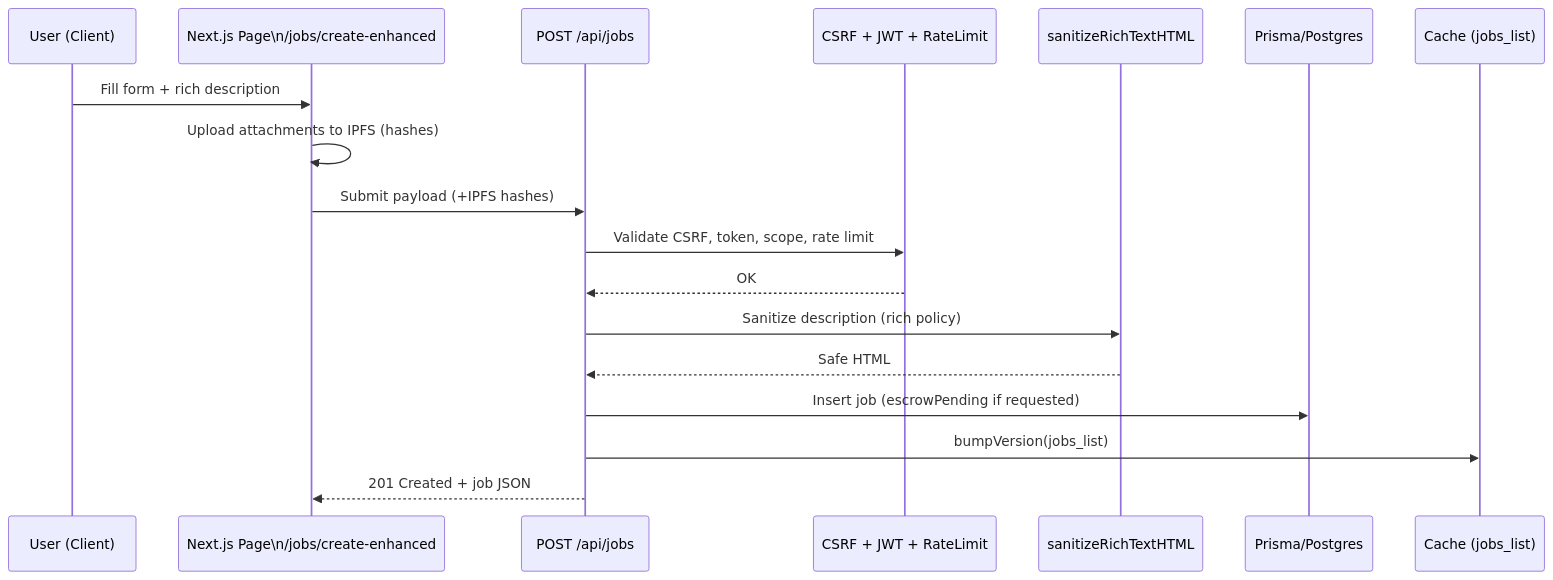
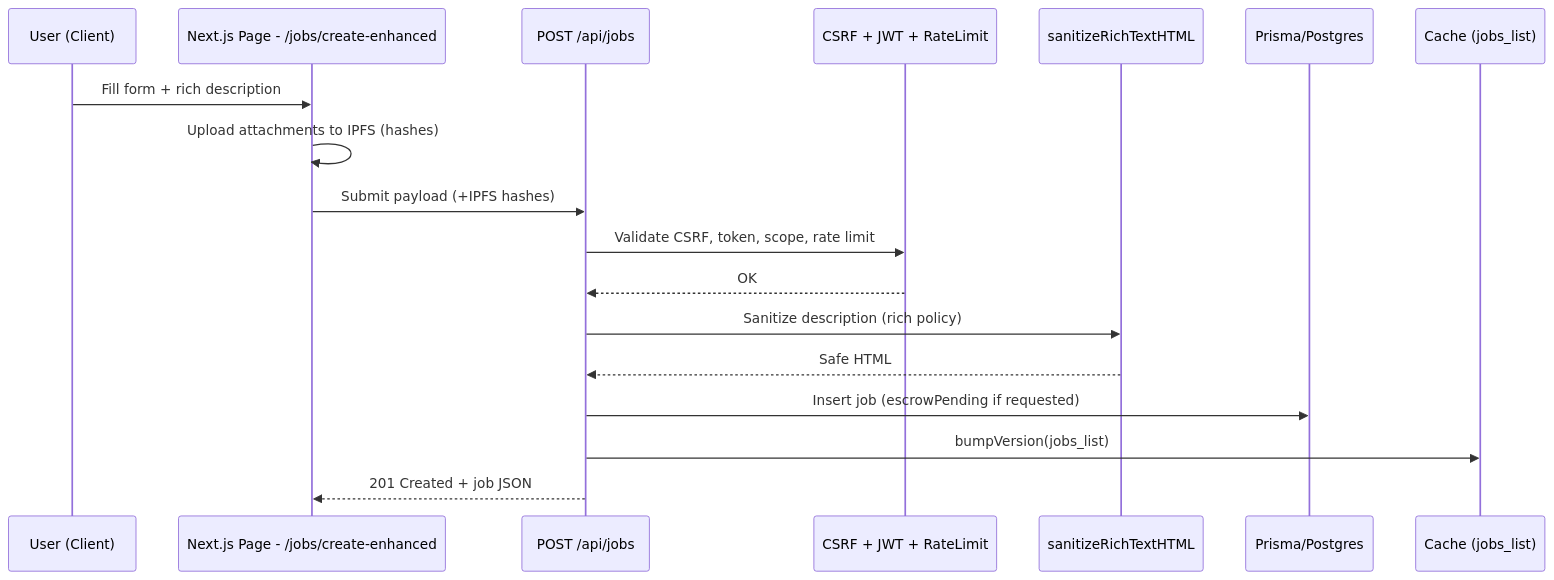
One commit to VoTeXG/freelancer_and_job_hunting_website changed the second of 10 diagrams in docs/DIAGRAMS.md. Above: the diagram before and after it, drawn with Mermaid. The commit also changed other lines of this file, not shown here.

Commit message:
Fix Mermaid diagrams syntax in DIAGRAMS.md

````diff
--- a/docs/DIAGRAMS.md
+++ b/docs/DIAGRAMS.md
@@ -41,21 +41,21 @@
 ```mermaid
 sequenceDiagram
   participant U as User (Client)
-  participant FE as Next.js Page\n/jobs/create-enhanced
+  participant FE as Next.js Page - /jobs/create-enhanced
   participant API as POST /api/jobs
   participant SEC as CSRF + JWT + RateLimit
   participant SAN as sanitizeRichTextHTML
   participant DB as Prisma/Postgres
   participant CACHE as Cache (jobs_list)
 
   U->>FE: Fill form + rich description
   FE->>FE: Upload attachments to IPFS (hashes)
   FE->>API: Submit payload (+IPFS hashes)
   API->>SEC: Validate CSRF, token, scope, rate limit
   SEC-->>API: OK
   API->>SAN: Sanitize description (rich policy)
   SAN-->>API: Safe HTML
   API->>DB: Insert job (escrowPending if requested)
   API->>CACHE: bumpVersion(jobs_list)
   API-->>FE: 201 Created + job JSON
 ```
````
